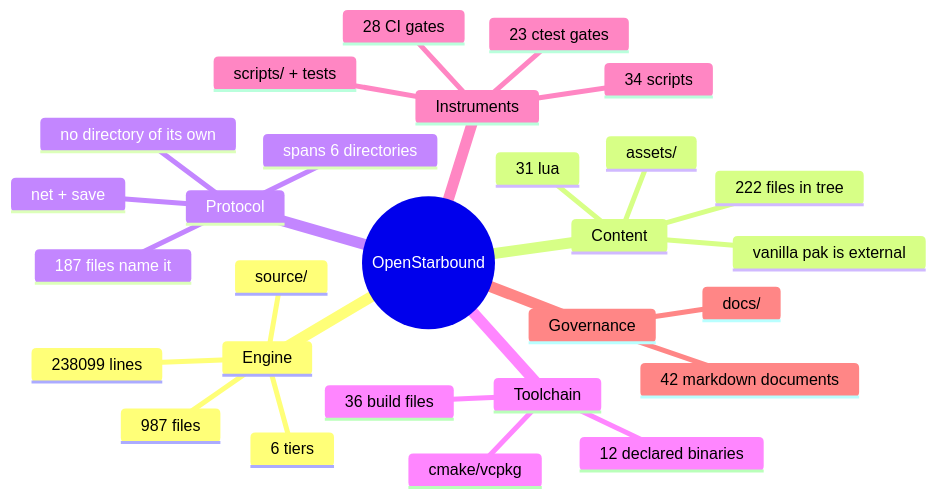
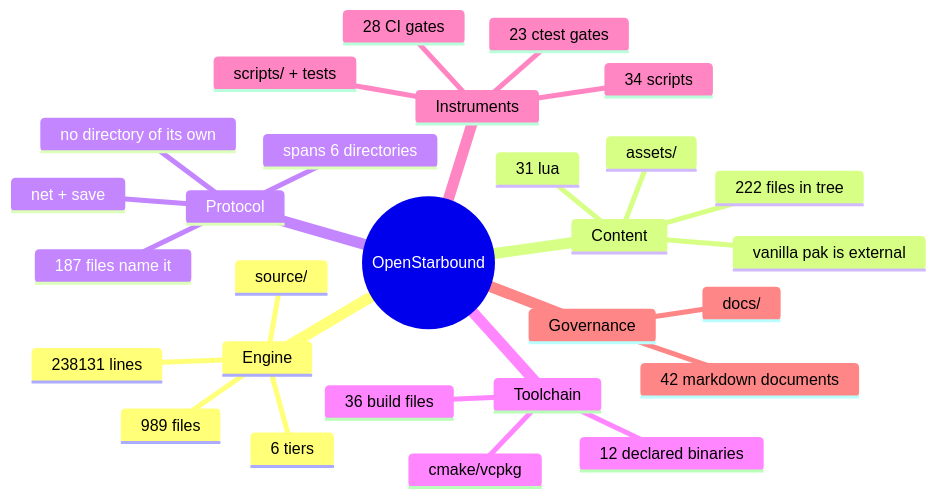
Before and after one commit to apnex/OpenStarbound: the second of 11 diagrams in docs/architecture/system-boundaries.md, drawn with Mermaid. The commit also changed other lines of this file and 9 other files, not shown here.

````diff
--- a/docs/architecture/system-boundaries.md
+++ b/docs/architecture/system-boundaries.md
@@ -166,31 +166,31 @@
 ```mermaid
 mindmap
   root((OpenStarbound))
     Engine
       source/
-      987 files
-      238099 lines
+      989 files
+      238131 lines
       6 tiers
     Content
       assets/
       222 files in tree
       31 lua
       vanilla pak is external
     Protocol
       net + save
       187 files name it
       spans 6 directories
       no directory of its own
     Toolchain
       cmake/vcpkg
       36 build files
       12 declared binaries
     Instruments
       scripts/ + tests
       34 scripts
       23 ctest gates
       28 CI gates
     Governance
       docs/
       42 markdown documents
 ```
````
